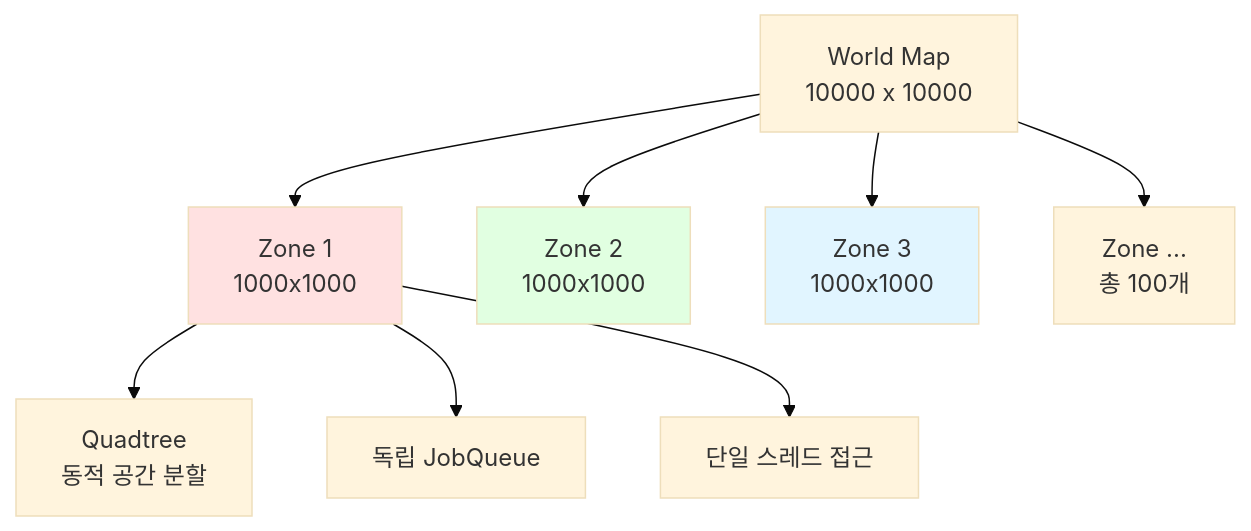
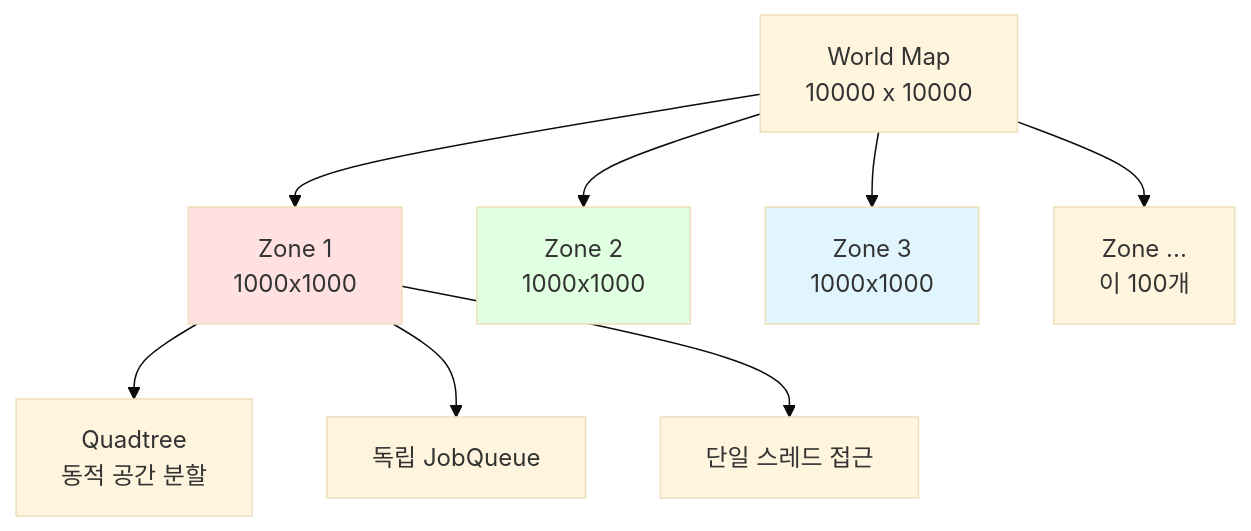
Diagram 16 of 22 in server_design/server_design2.md (wlsqc123/IOCPFramework), drawn with Mermaid (base theme) before and after one commit. The commit also changed other lines of this file, not shown here.

````diff
--- a/server_design/server_design2.md
+++ b/server_design/server_design2.md
@@ -2131,15 +2135,15 @@
 ```mermaid
 graph TB
     A[World Map<br/>10000 x 10000] --> B1[Zone 1<br/>1000x1000]
     A --> B2[Zone 2<br/>1000x1000]
     A --> B3[Zone 3<br/>1000x1000]
-    A --> B4[Zone ...<br/>총 100개]
+    A --> B4[Zone ...<br/>이 100개]
     
     B1 --> C1[Quadtree<br/>동적 공간 분할]
     B1 --> C2[독립 JobQueue]
     B1 --> C3[단일 스레드 접근]
     
     style B1 fill:#ffe1e1
     style B2 fill:#e1ffe1
     style B3 fill:#e1f5ff
 ```
````
